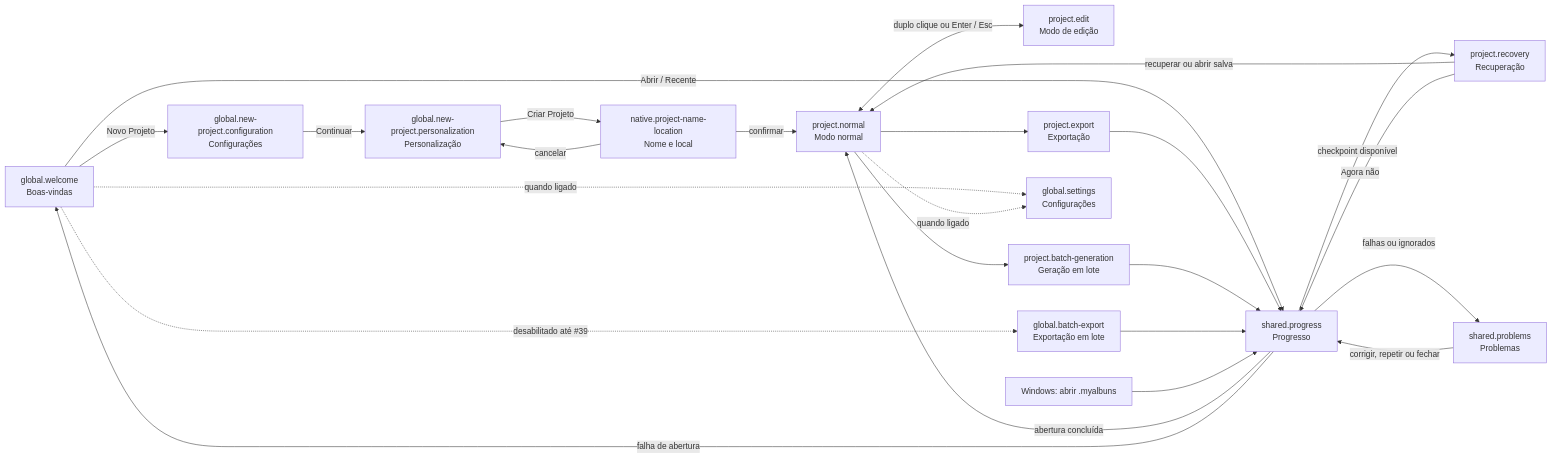
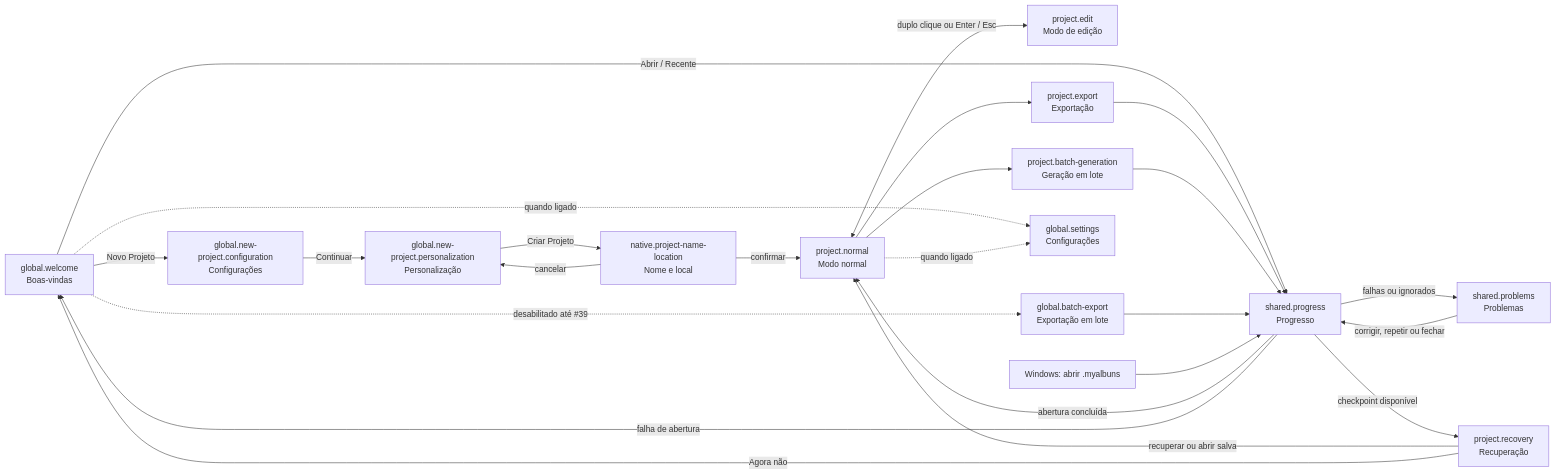
The diagram in docs/design/0018-mapa-de-navegacao-e-interacao-da-interface.md (W4liss0n/my-Albuns), drawn with Mermaid before and after one commit. The commit also changed other lines of this file and 35 other files, not shown here.

````diff
--- a/docs/design/0018-mapa-de-navegacao-e-interacao-da-interface.md
+++ b/docs/design/0018-mapa-de-navegacao-e-interacao-da-interface.md
@@ -62,40 +62,40 @@
 ```mermaid
 flowchart LR
   W[global.welcome<br/>Boas-vindas]
   C[global.new-project.configuration<br/>Configurações]
   P[global.new-project.personalization<br/>Personalização]
   N[native.project-name-location<br/>Nome e local]
   PN[project.normal<br/>Modo normal]
   RC[project.recovery<br/>Recuperação]
   PE[project.edit<br/>Modo de edição]
   EX[project.export<br/>Exportação]
   BE[global.batch-export<br/>Exportação em lote]
   BG[project.batch-generation<br/>Geração em lote]
   PR[shared.problems<br/>Problemas]
   PG[shared.progress<br/>Progresso]
   ST[global.settings<br/>Configurações]
 
   W -->|Novo Projeto| C
   C -->|Continuar| P
   P -->|Criar Projeto| N
   N -->|confirmar| PN
   N -->|cancelar| P
   W -->|Abrir / Recente| PG
   PG -->|abertura concluída| PN
   PG -->|checkpoint disponível| RC
   RC -->|recuperar ou abrir salva| PN
-  RC -->|Agora não| PG
+  RC -->|Agora não| W
   PG -->|falha de abertura| W
   PN <-->|duplo clique ou Enter / Esc| PE
   PN --> EX
   PN --> BG
   W -.->|desabilitado até #39| BE
   W -.->|quando ligado| ST
   PN -.->|quando ligado| ST
   EX --> PG
   BG --> PG
   BE --> PG
   PG -->|falhas ou ignorados| PR
   PR -->|corrigir, repetir ou fechar| PG
   WIN[Windows: abrir .myalbuns] --> PG
 ```
````
